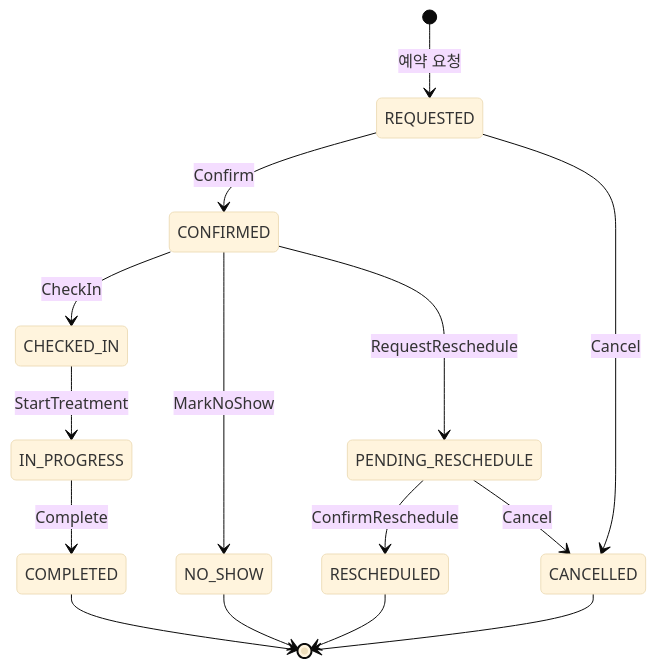
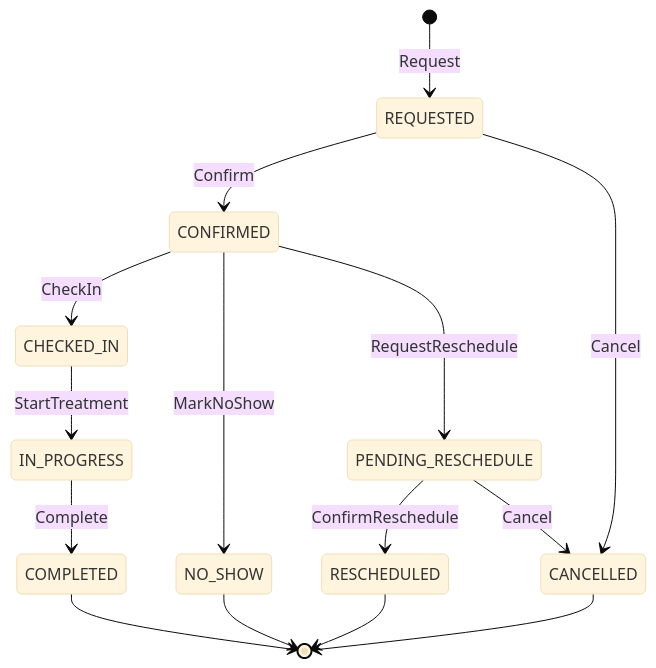
Before and after one commit to bluetape4k/clinic-appointment: the second of 2 diagrams in appointment-core/README.md, drawn with Mermaid (base theme). The commit also changed other lines of this file and 13 other files, not shown here.

````diff
--- a/appointment-core/README.md
+++ b/appointment-core/README.md
@@ -121,17 +122,17 @@
 ```mermaid
 stateDiagram-v2
-    [*] --> REQUESTED : 예약 요청
+    [*] --> REQUESTED : Request
     REQUESTED --> CONFIRMED : Confirm
     REQUESTED --> CANCELLED : Cancel
     CONFIRMED --> CHECKED_IN : CheckIn
     CONFIRMED --> NO_SHOW : MarkNoShow
     CONFIRMED --> PENDING_RESCHEDULE : RequestReschedule
     CHECKED_IN --> IN_PROGRESS : StartTreatment
     IN_PROGRESS --> COMPLETED : Complete
     PENDING_RESCHEDULE --> RESCHEDULED : ConfirmReschedule
     PENDING_RESCHEDULE --> CANCELLED : Cancel
     COMPLETED --> [*]
     RESCHEDULED --> [*]
     CANCELLED --> [*]
     NO_SHOW --> [*]
 ```
````
